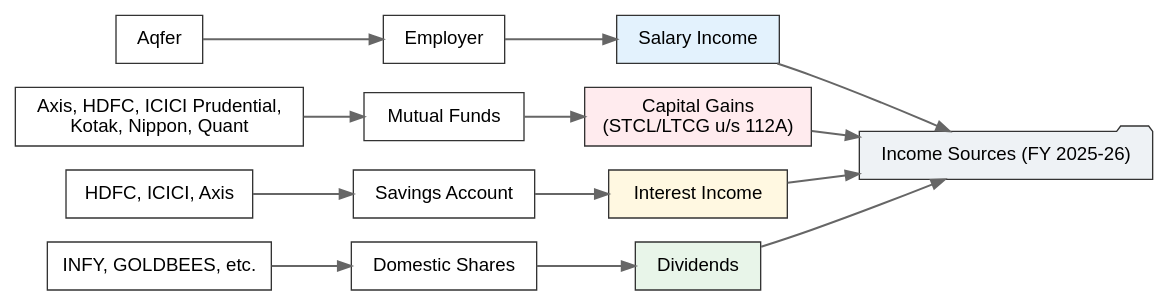
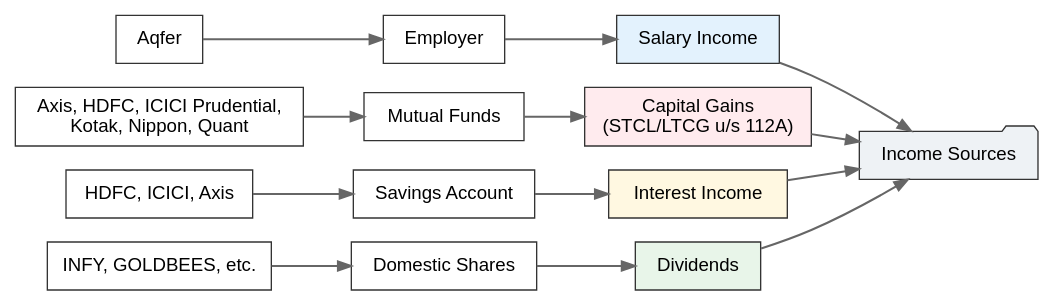
The first of 3 diagrams in content/building-wealth/blogs/2026/journey-of-filing-income-tax.md (sakthipriyan/sakthipriyan.github.io), drawn with Graphviz before and after one commit. The commit also changed other lines of this file, not shown here.

````diff
--- a/content/building-wealth/blogs/2026/journey-of-filing-income-tax.md
+++ b/content/building-wealth/blogs/2026/journey-of-filing-income-tax.md
@@ -56,45 +62,45 @@
 ```dot
 digraph IncomeTree {
   rankdir=LR;
   node [shape=box, style=filled, fillcolor="#ffffff", fontname="sans-serif", color="#333333", margin="0.2,0.1"];
   edge [color="#666666", penwidth=1.5];
   
-  Income [label="Income Sources (FY 2025-26)", shape=folder, fillcolor="#eef2f5"];
+  Income [label="Income Sources", shape=folder, fillcolor="#eef2f5"];
   
   Salary [label="Salary Income", fillcolor="#e3f2fd"];
   Employer [label="Employer"];
   Aqfer [label="Aqfer"];
   
   CapitalGains [label="Capital Gains\n(STCL/LTCG u/s 112A)", fillcolor="#ffebee"];
   MutualFunds [label="Mutual Funds"];
   AMCs [label="Axis, HDFC, ICICI Prudential,\nKotak, Nippon, Quant"];
   
   Interest [label="Interest Income", fillcolor="#fff8e1"];
   SavingsAccount [label="Savings Account"];
   Banks [label="HDFC, ICICI, Axis"];
   
   Dividends [label="Dividends", fillcolor="#e8f5e9"];
   DomesticShares [label="Domestic Shares"];
   ICICIDirect [label="INFY, GOLDBEES, etc."];
   
   Salary -> Income;
   Employer -> Salary;
   Aqfer -> Employer;
   
   CapitalGains -> Income;
   MutualFunds -> CapitalGains;
   AMCs -> MutualFunds;
   
   Interest -> Income;
   SavingsAccount -> Interest;
   Banks -> SavingsAccount;
   
   Dividends -> Income;
   DomesticShares -> Dividends;
   ICICIDirect -> DomesticShares;
   
   // Force vertical ordering
   { rank=same; Salary; CapitalGains; Interest; Dividends; }
   Salary -> CapitalGains -> Interest -> Dividends [style=invis];
 }
 ```
````
